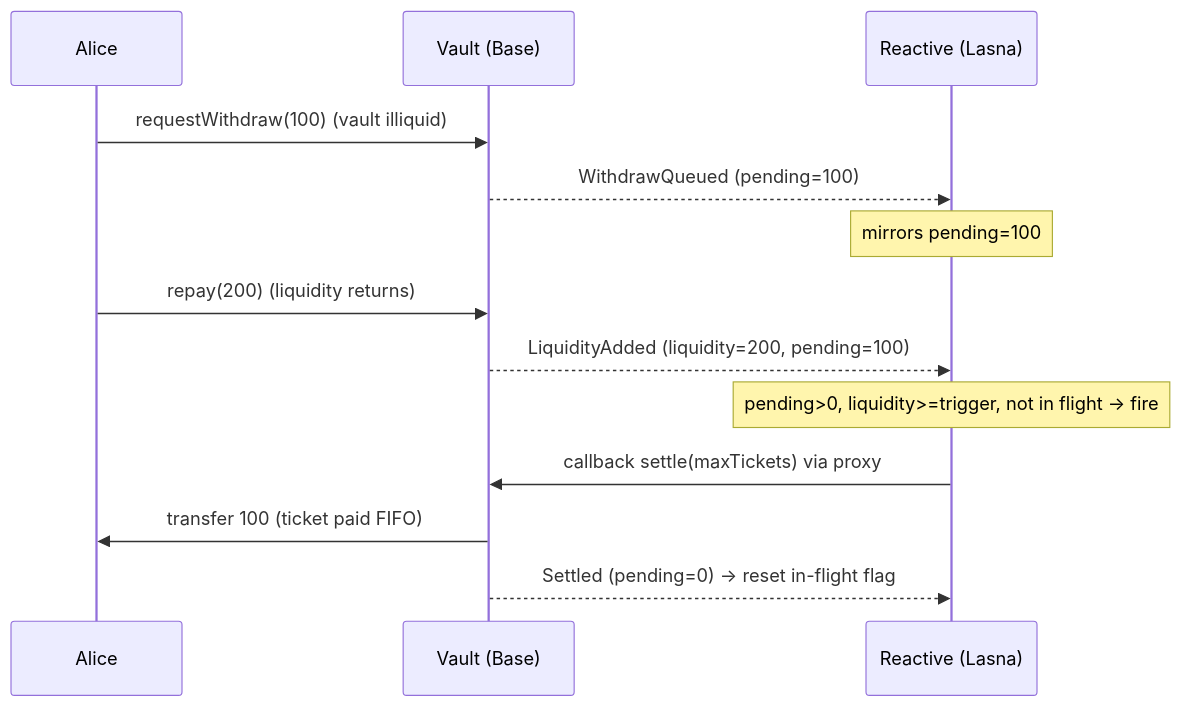
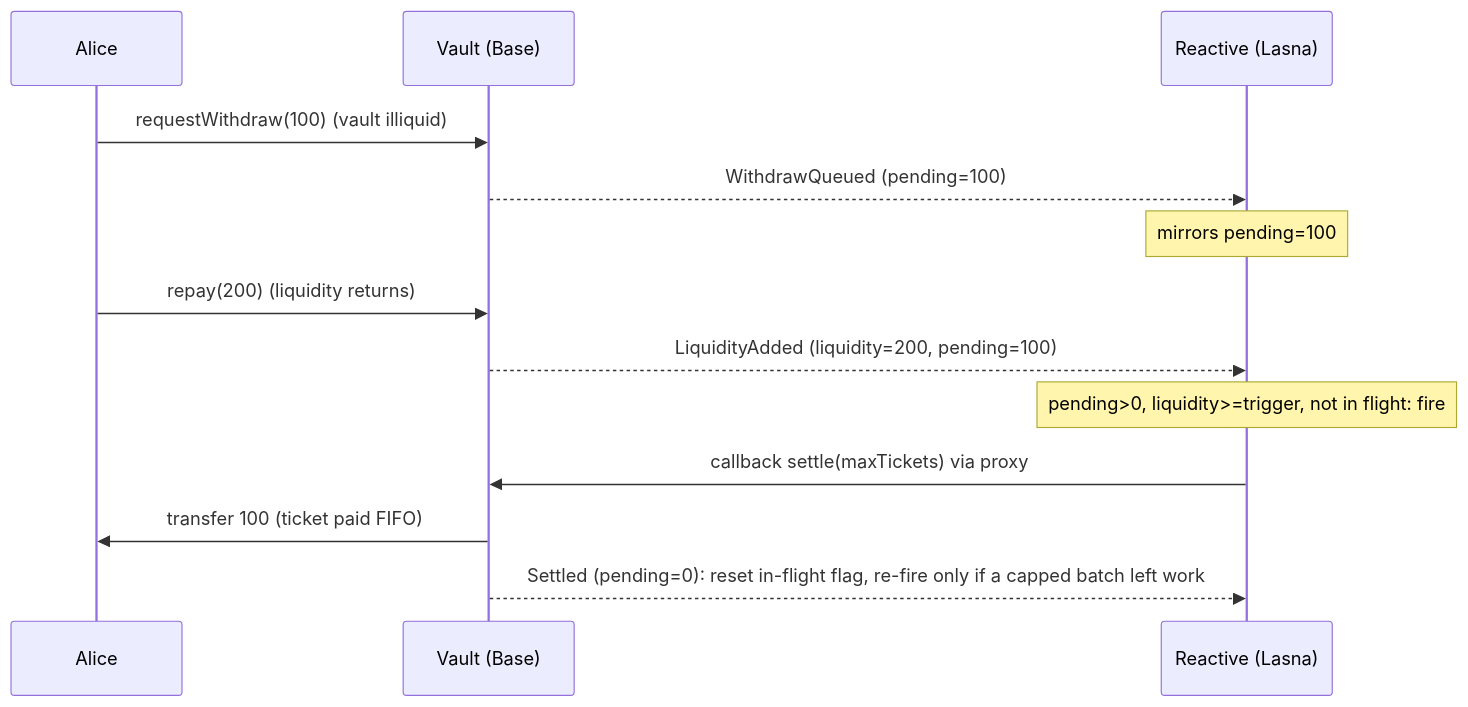
One commit to Jean-Regis-M/tidewater changed the second of 2 diagrams in README.md. Above: the diagram before and after it, drawn with Mermaid. The commit also changed other lines of this file and 15 other files, not shown here.

First line of the commit message:
v2: linked-list queue, min ticket and caps, parked payouts, re-fire after Settled, owner guards

````diff
--- a/README.md
+++ b/README.md
@@ -54,15 +54,15 @@
 ```mermaid
 sequenceDiagram
   participant A as Alice
   participant V as Vault (Base)
   participant R as Reactive (Lasna)
   A->>V: requestWithdraw(100) (vault illiquid)
   V-->>R: WithdrawQueued (pending=100)
   Note over R: mirrors pending=100
   A->>V: repay(200) (liquidity returns)
   V-->>R: LiquidityAdded (liquidity=200, pending=100)
-  Note over R: pending>0, liquidity>=trigger, not in flight → fire
+  Note over R: pending>0, liquidity>=trigger, not in flight: fire
   R->>V: callback settle(maxTickets) via proxy
   V->>A: transfer 100 (ticket paid FIFO)
-  V-->>R: Settled (pending=0) → reset in-flight flag
+  V-->>R: Settled (pending=0): reset in-flight flag, re-fire only if a capped batch left work
 ```
````
